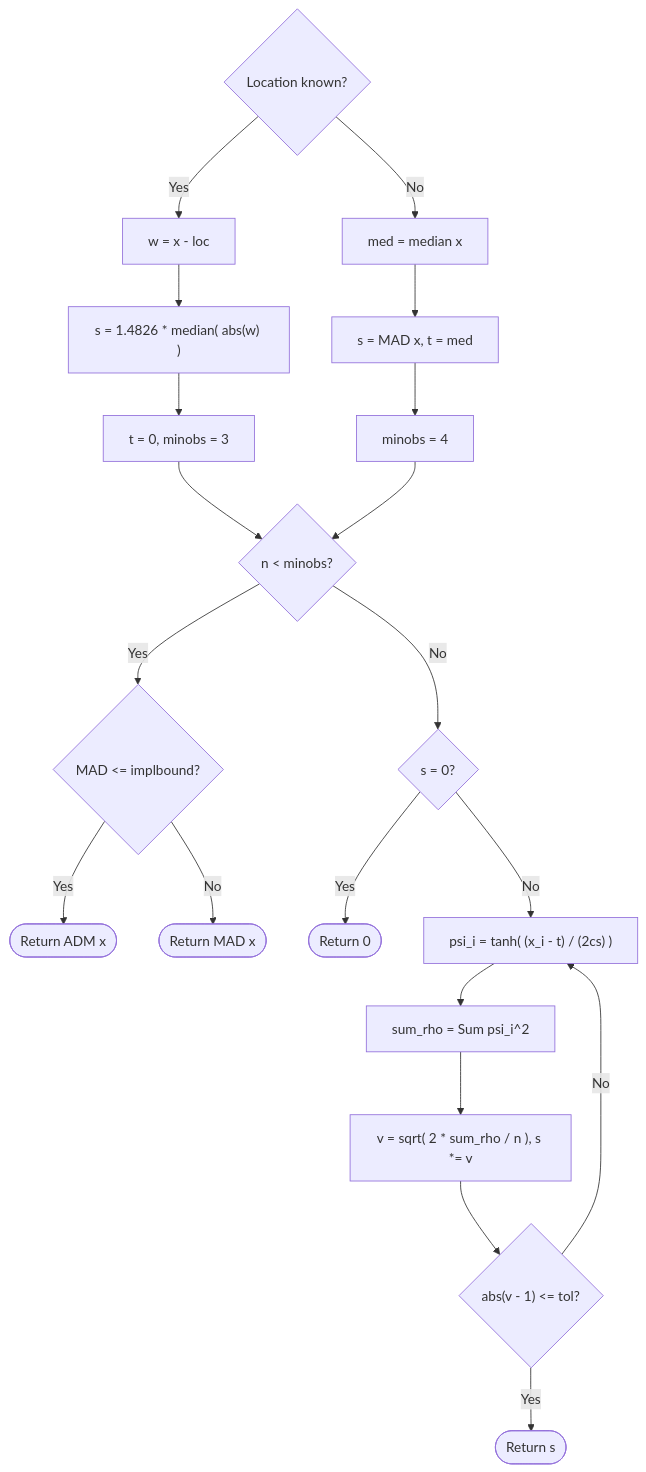
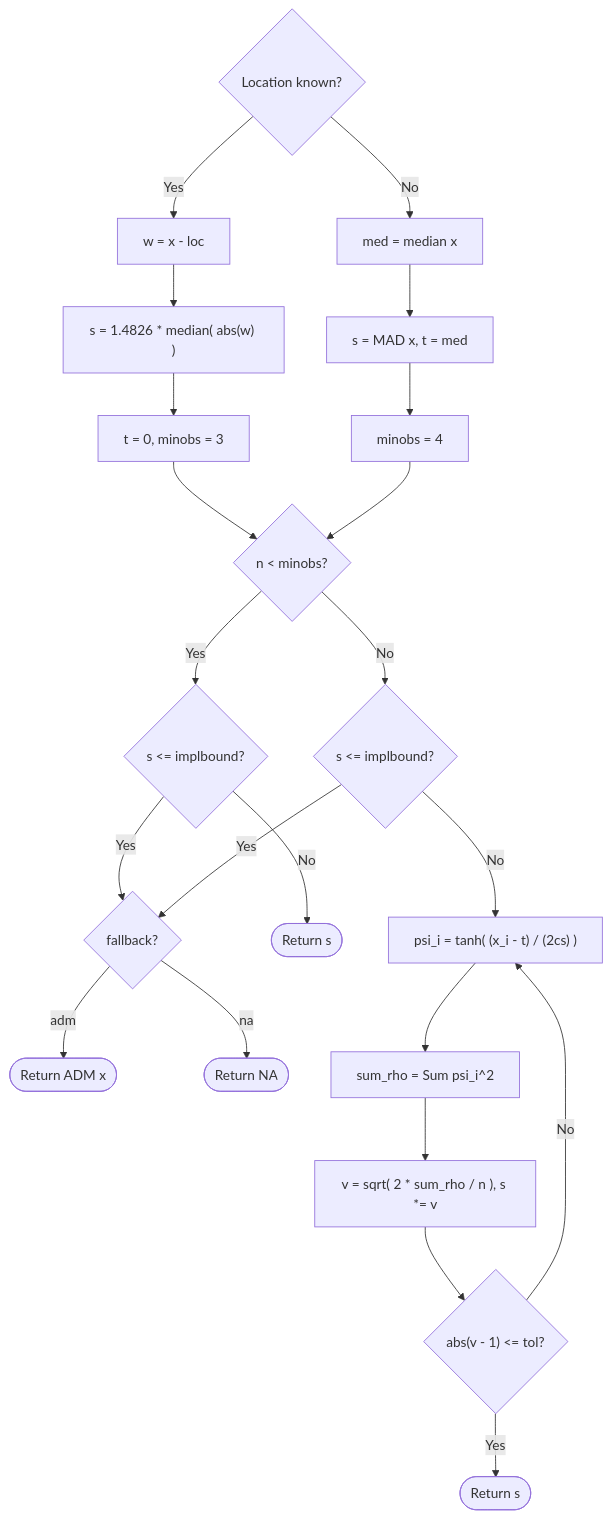
Before and after one commit to davdittrich/robscale: the second of 2 diagrams in README.md, drawn with Mermaid. The commit also changed other lines of this file and 6 other files, not shown here.

````diff
--- a/README.md
+++ b/README.md
@@ -148,23 +139,25 @@
 ```mermaid
 flowchart TD
     A{Location known?}
     A -- Yes --> B1[w = x - loc]
     B1 --> B2["s = 1.4826 * median( abs(w) )"]
     B2 --> B3[t = 0, minobs = 3]
     A -- No --> C1[med = median x]
     C1 --> C2[s = MAD x, t = med]
     C2 --> C3[minobs = 4]
     B3 --> D{n < minobs?}
     C3 --> D
-    D -- Yes --> E{"MAD <= implbound?"}
-    E -- Yes --> F([Return ADM x])
-    E -- No --> G([Return MAD x])
-    D -- No --> H{s = 0?}
-    H -- Yes --> I([Return 0])
+    D -- Yes --> E{"s <= implbound?"}
+    E -- Yes --> F{fallback?}
+    F -- "adm" --> F1([Return ADM x])
+    F -- "na" --> F2([Return NA])
+    E -- No --> G([Return s])
+    D -- No --> H{s <= implbound?}
+    H -- Yes --> F
     H -- No --> J["psi_i = tanh( (x_i - t) / (2cs) )"]
     J --> K["sum_rho = Sum psi_i^2"]
     K --> L["v = sqrt( 2 * sum_rho / n ), s *= v"]
     L --> M{"abs(v - 1) <= tol?"}
     M -- No --> J
     M -- Yes --> N([Return s])
 ```
````
